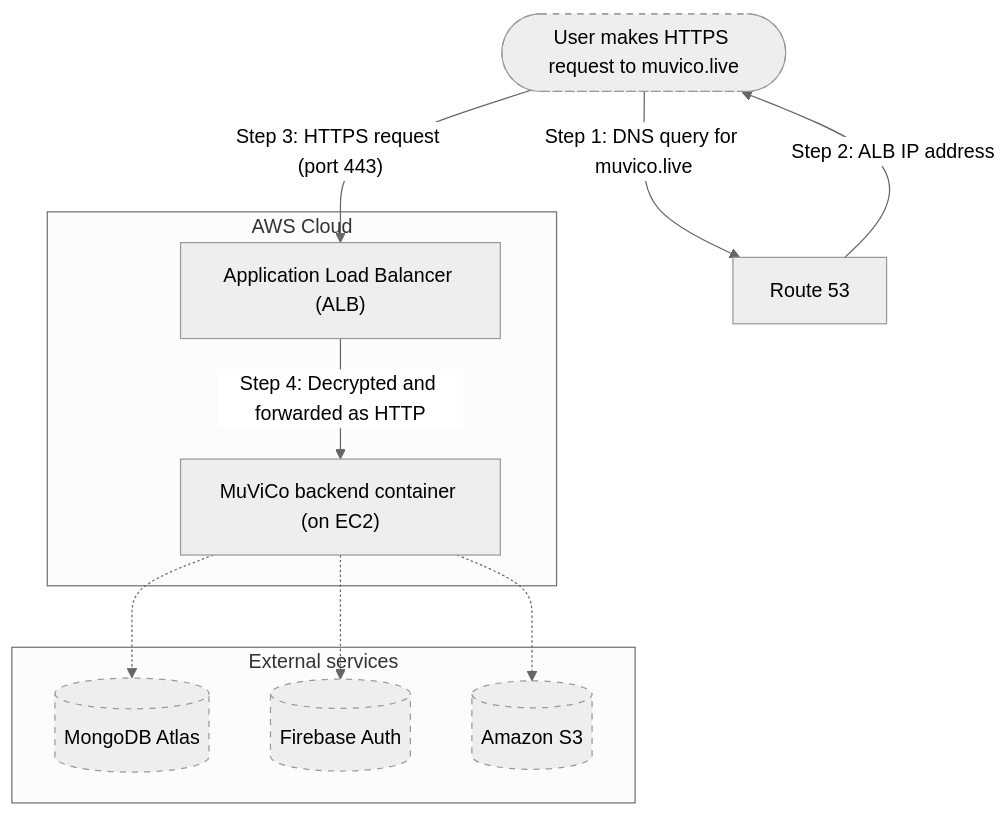
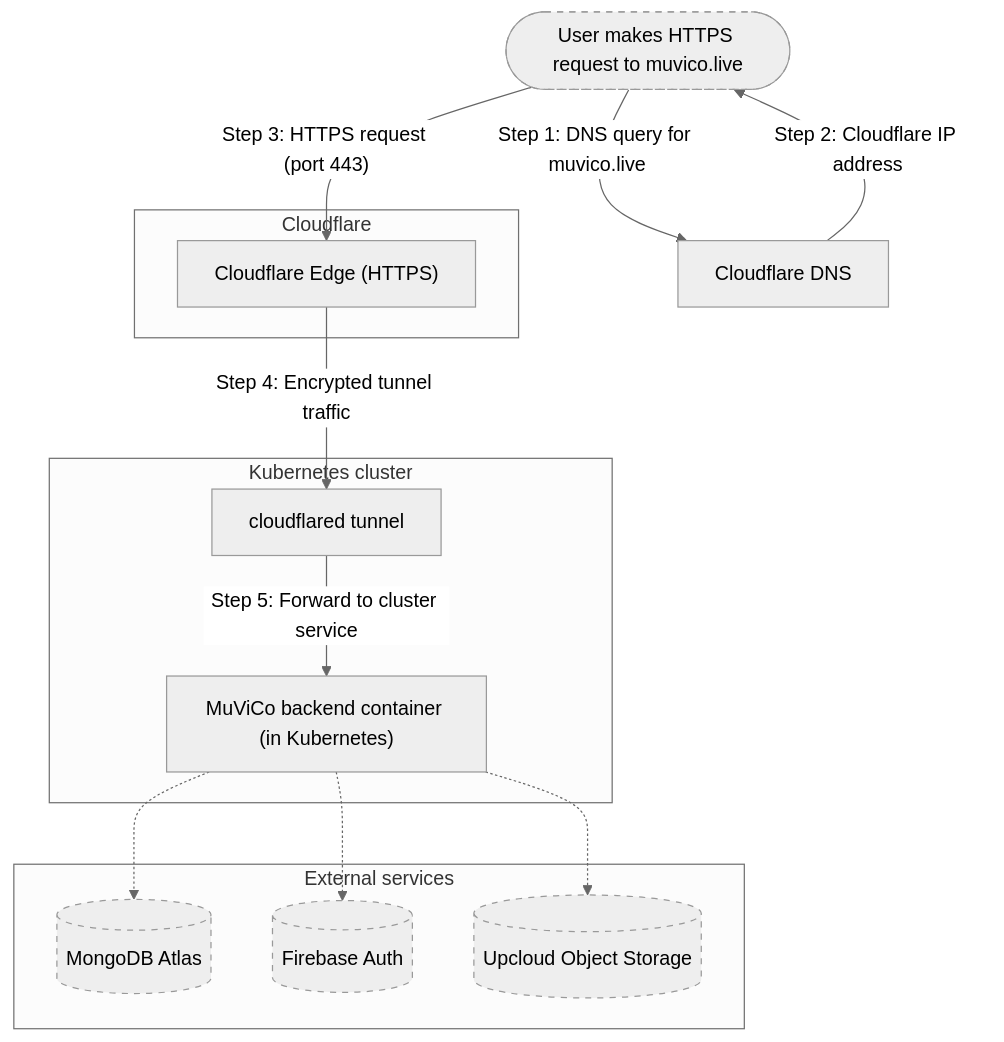
The first of 2 diagrams in documentation/architecture/cloud-deployment.md (MuViCo/MuViCo), drawn with Mermaid (neutral theme) before and after one commit. The commit also changed other lines of this file and 3 other files, not shown here.

````diff
--- a/documentation/architecture/cloud-deployment.md
+++ b/documentation/architecture/cloud-deployment.md
@@ -85,28 +70,34 @@
 ```mermaid
 flowchart TD
     User(["User makes HTTPS request to muvico.live"])
-    DNS["Route 53"]
-    ALB["Application Load Balancer (ALB)"]
-    Container["MuViCo backend container (on EC2)"]
+    DNS["Cloudflare DNS"]
+    CF["Cloudflare Edge (HTTPS)"]
+    Tunnel["cloudflared tunnel"]
+    Container["MuViCo backend container (in Kubernetes)"]
 
     classDef external stroke-dasharray: 5 5
 
     %% DNS resolution
     User:::external -->|"Step 1: DNS query for muvico.live"| DNS
-    DNS -->|"Step 2: ALB IP address"| User
+    DNS -->|"Step 2: Cloudflare IP address"| User
 
     %% HTTPS request flow
-    User -->|"Step 3: HTTPS request (port 443)"| ALB
-    ALB -->|"Step 4: Decrypted and forwarded as HTTP"| Container
+    User -->|"Step 3: HTTPS request (port 443)"| CF
+    CF -->|"Step 4: Encrypted tunnel traffic"| Tunnel
+    Tunnel -->|"Step 5: Forward to cluster service"| Container
 
-    subgraph "AWS Cloud"
-        ALB
+    subgraph "Cloudflare"
+        CF
+    end
+
+    subgraph "Kubernetes cluster"
+        Tunnel
         Container
     end
 
     subgraph "External services"
         Container -.-> M[(MongoDB Atlas)]:::external
         Container -.-> F[(Firebase Auth)]:::external
-        Container -.-> S[(Amazon S3)]:::external
+        Container -.-> S[(Upcloud Object Storage)]:::external
     end
 ```
````
